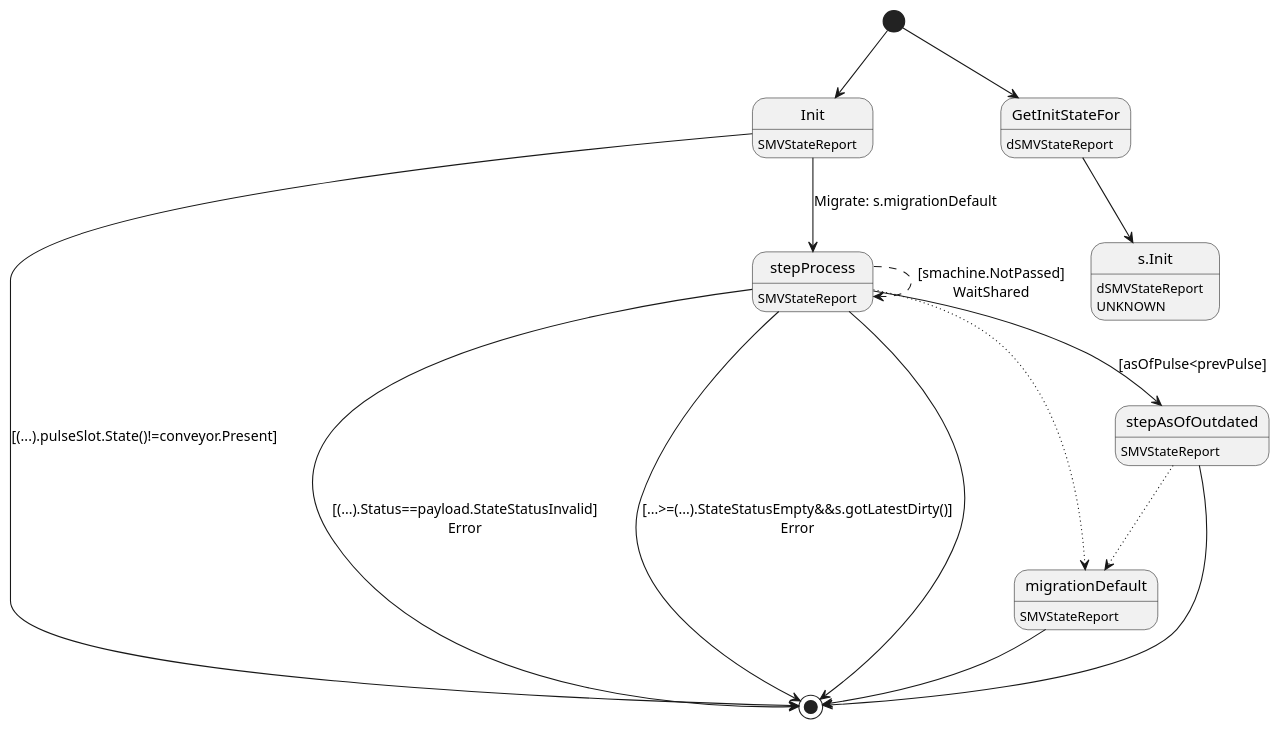
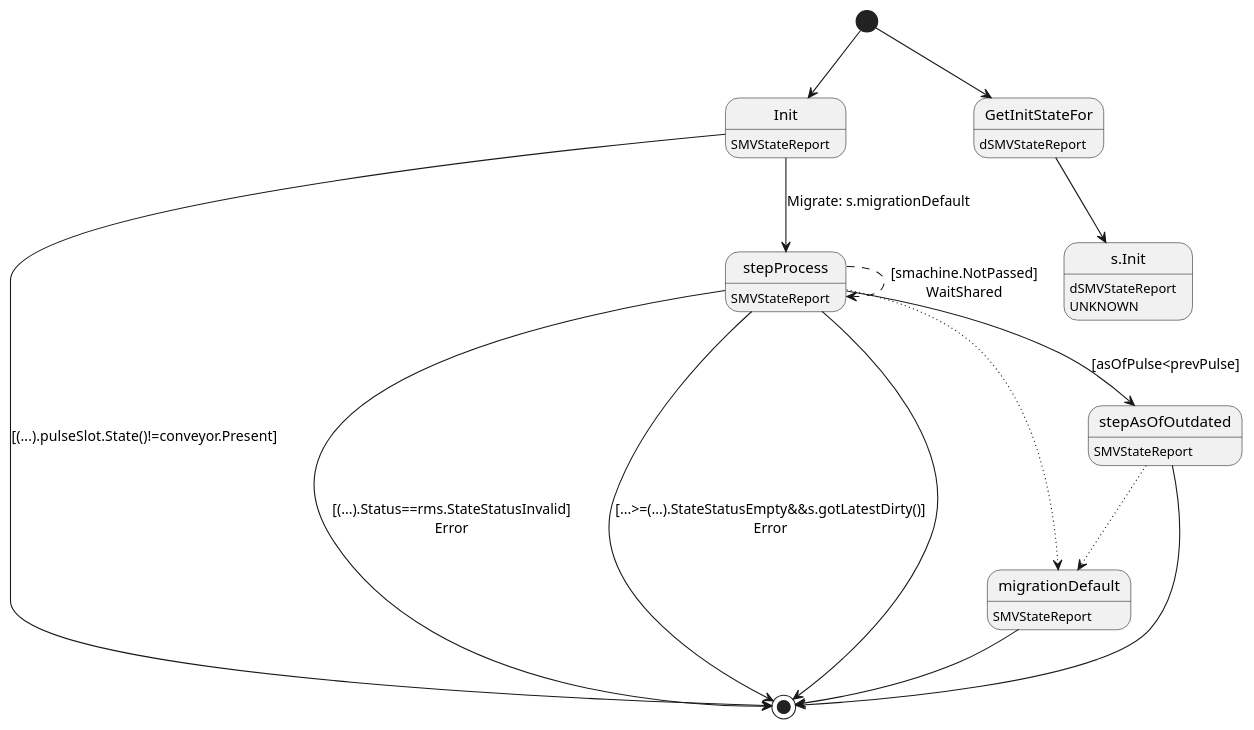
The diagram in ledger-core/virtual/handlers/vstatereport.plantuml (insolar/assured-ledger), drawn with PlantUML before and after one commit. The commit also changed 16 other files, not shown here.

Commit message:
NOISSUE: rename payload to rms in virtual handlers and fix typed checker

```diff
--- a/ledger-core/virtual/handlers/vstatereport.plantuml
+++ b/ledger-core/virtual/handlers/vstatereport.plantuml
@@ -1,29 +1,29 @@
 @startuml
 state "Init" as T01_S001
 T01_S001 : SMVStateReport
 [*] --> T01_S001
 T01_S001 --> [*] : [(...).pulseSlot.State()!=conveyor.Present]
 T01_S001 --> T01_S003 : Migrate: s.migrationDefault
 state "migrationDefault" as T01_S002
 T01_S002 : SMVStateReport
 T01_S002 --> [*]
 state "stepAsOfOutdated" as T01_S004
 T01_S004 : SMVStateReport
 T01_S004 --[dotted]> T01_S002
 T01_S004 --> [*]
 state "stepProcess" as T01_S003
 T01_S003 : SMVStateReport
 T01_S003 --[dotted]> T01_S002
-T01_S003 --> [*] : [(...).Status==payload.StateStatusInvalid]\nError
+T01_S003 --> [*] : [(...).Status==rms.StateStatusInvalid]\nError
 T01_S003 --> [*] : [...>=(...).StateStatusEmpty&&s.gotLatestDirty()]\nError
 T01_S003 --> T01_S004 : [asOfPulse<prevPulse]
 T01_S003 --[dashed]> T01_S003 : [smachine.NotPassed]\nWaitShared
 T01_S003 --> [*]
 state "GetInitStateFor" as T00_S001
 T00_S001 : dSMVStateReport
 [*] --> T00_S001
 state "s.Init" as T00_U001
 T00_U001 : dSMVStateReport
 T00_U001 : UNKNOWN 
 T00_S001 --> T00_U001
 @enduml
```
